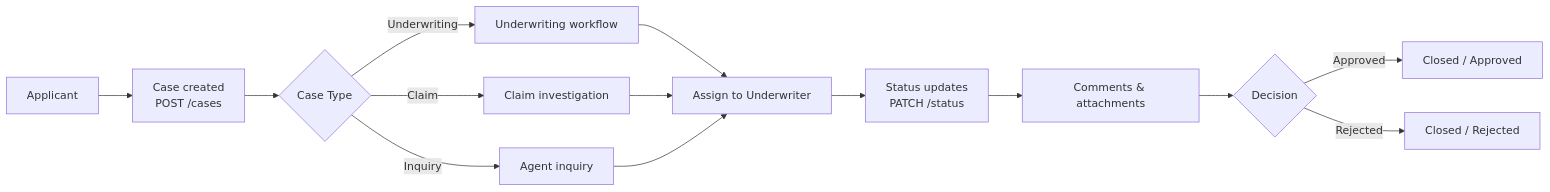
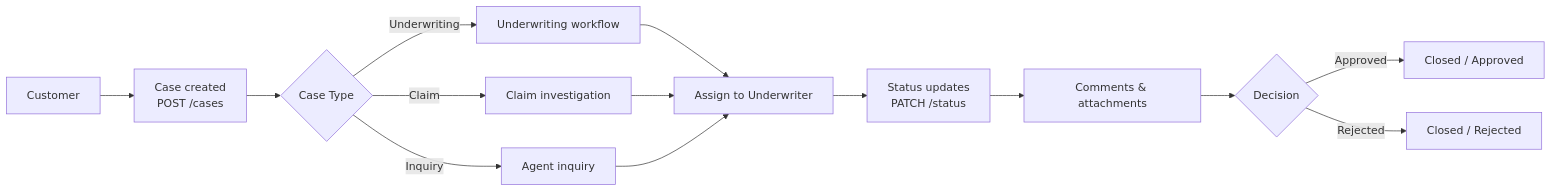
One commit to Nouman64-cat/insurance-ai changed the first of 3 diagrams in docs/docs/cases.md. Above: the diagram before and after it, drawn with Mermaid. The commit also changed other lines of this file and 63 other files, not shown here.

Commit message:
refactor: rename applicant entities to customer throughout the codebase and documentation

````diff
--- a/docs/docs/cases.md
+++ b/docs/docs/cases.md
@@ -15,18 +15,18 @@
 ```mermaid
 flowchart LR
-    A[Applicant] --> B[Case created\nPOST /cases]
+    A[Customer] --> B[Case created\nPOST /cases]
     B --> C{Case Type}
     C -->|Underwriting| D[Underwriting workflow]
     C -->|Claim| E[Claim investigation]
     C -->|Inquiry| F[Agent inquiry]
 
     D --> G[Assign to Underwriter]
     E --> G
     F --> G
 
     G --> H[Status updates\nPATCH /status]
     H --> I[Comments & attachments]
     I --> J{Decision}
     J -->|Approved| K[Closed / Approved]
     J -->|Rejected| L[Closed / Rejected]
 ```
````
